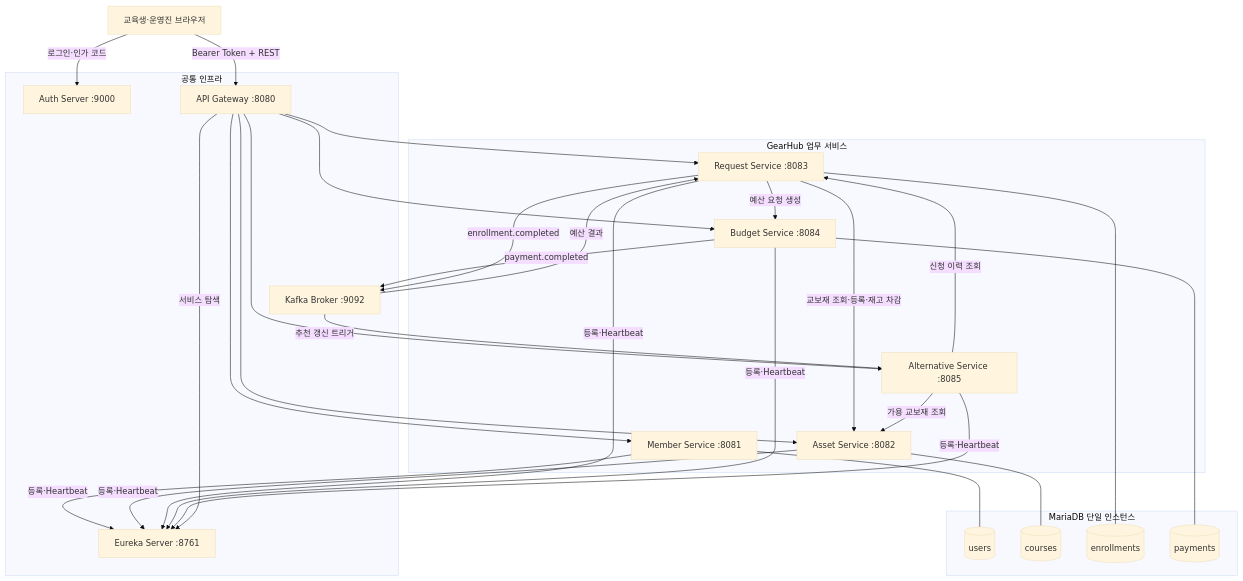
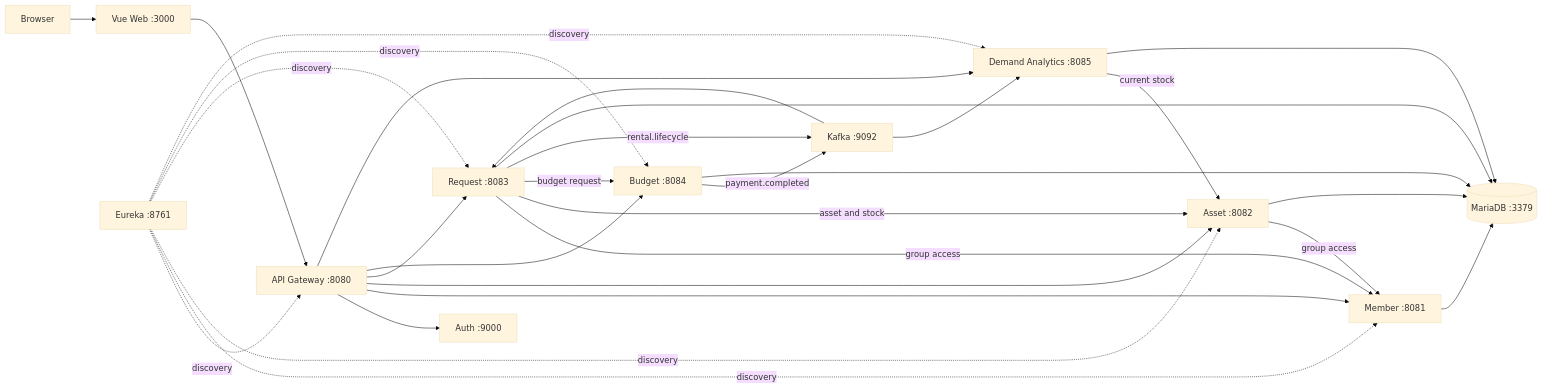
One commit to kimgwang-hyeon/msa-lecture changed the first of 5 diagrams in docs/agile/05_ARCHITECTURE_AND_ERD.md. Above: the diagram before and after it, drawn with Mermaid (base theme). The commit also changed other lines of this file and 37 other files, not shown here.

````diff
--- a/docs/agile/05_ARCHITECTURE_AND_ERD.md
+++ b/docs/agile/05_ARCHITECTURE_AND_ERD.md
@@ -55,52 +68,35 @@
-```mermaid
-flowchart TB
-    CLIENT[교육생·운영진 브라우저]
+~~~mermaid
+flowchart LR
+    U[Browser] --> W[Vue Web :3000]
+    W --> G[API Gateway :8080]
+    G --> AU[Auth :9000]
+    G --> M[Member :8081]
+    G --> A[Asset :8082]
+    G --> R[Request :8083]
+    G --> B[Budget :8084]
+    G --> D[Demand Analytics :8085]
 
-    subgraph INFRA[공통 인프라]
-        AUTH[Auth Server :9000]
-        GW[API Gateway :8080]
-        EU[Eureka Server :8761]
-        KF[Kafka Broker :9092]
-    end
+    R -->|group access| M
+    A -->|group access| M
+    R -->|asset and stock| A
+    R -->|budget request| B
+    D -->|current stock| A
 
-    subgraph BUSINESS[GearHub 업무 서비스]
-        MEMBER[Member Service :8081]
-        ASSET[Asset Service :8082]
-        REQUEST[Request Service :8083]
-        BUDGET[Budget Service :8084]
-        ALT[Alternative Service :8085]
-    end
+    B -->|payment.completed| K[Kafka :9092]
+    K --> R
+    R -->|rental.lifecycle| K
+    K --> D
 
-    subgraph DATA[MariaDB 단일 인스턴스]
-        USERS[(users)]
-        COURSES[(courses)]
-        ENROLLMENTS[(enrollments)]
-        PAYMENTS[(payments)]
-    end
+    M --> DB[(MariaDB :3379)]
+    A --> DB
+    R --> DB
+    B --> DB
+    D --> DB
 
-    CLIENT -->|로그인·인가 코드| AUTH
-    CLIENT -->|Bearer Token + REST| GW
-    GW --> MEMBER
-    GW --> ASSET
-    GW --> REQUEST
-    GW --> BUDGET
-    GW --> ALT
-
-    MEMBER & ASSET & REQUEST & BUDGET & ALT -->|등록·Heartbeat| EU
-    GW -->|서비스 탐색| EU
-
-    REQUEST -->|교보재 조회·등록·재고 차감| ASSET
-    REQUEST -->|예산 요청 생성| BUDGET
-    ALT -->|신청 이력 조회| REQUEST
-    ALT -->|가용 교보재 조회| ASSET
-
-    BUDGET -->|payment.completed| KF
-    KF -->|예산 결과| REQUEST
-    REQUEST -->|enrollment.completed| KF
-    KF -->|추천 갱신 트리거| ALT
-
-    MEMBER --- USERS
-    ASSET --- COURSES
-    REQUEST --- ENROLLMENTS
-    BUDGET --- PAYMENTS
-```
+    E[Eureka :8761] -. discovery .-> G
+    E -. discovery .-> M
+    E -. discovery .-> A
+    E -. discovery .-> R
+    E -. discovery .-> B
+    E -. discovery .-> D
+~~~
````
